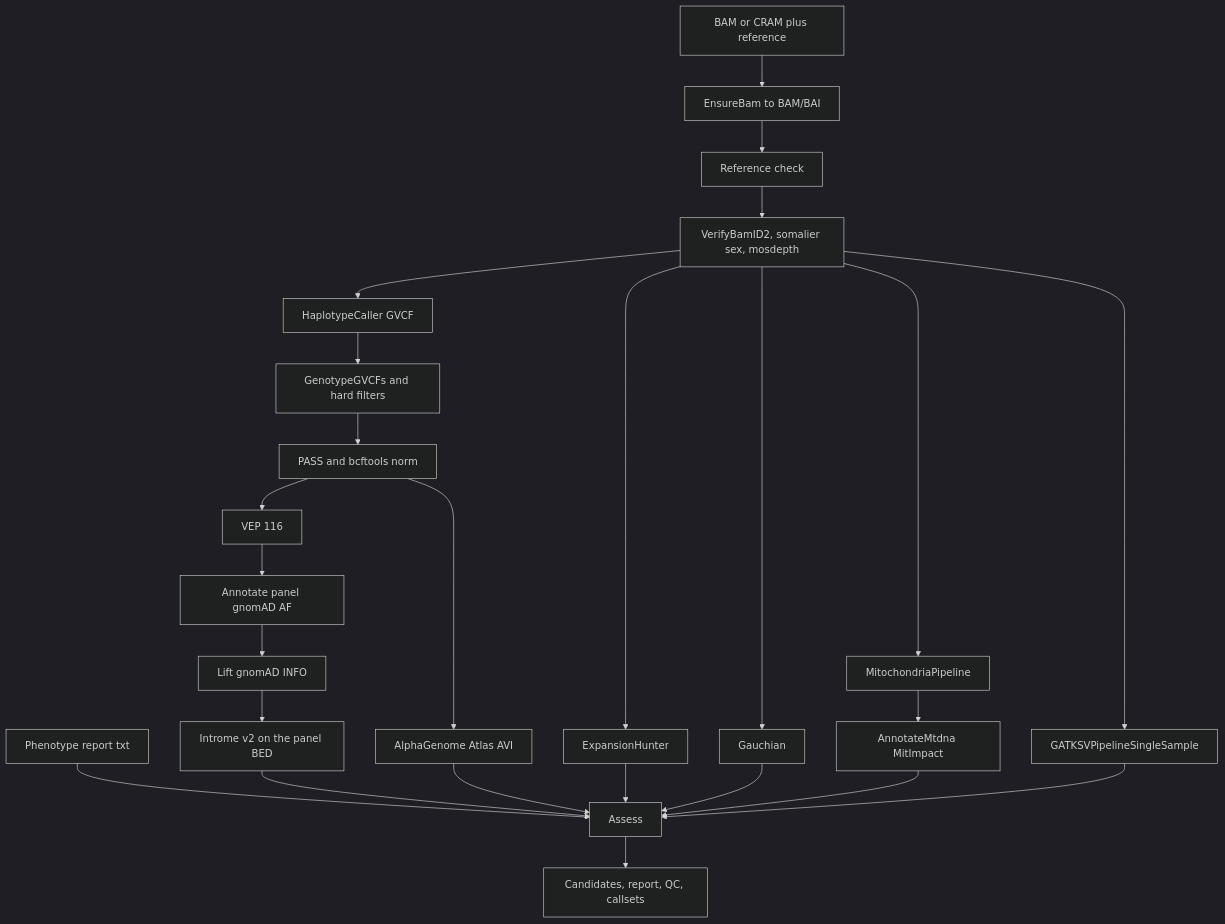
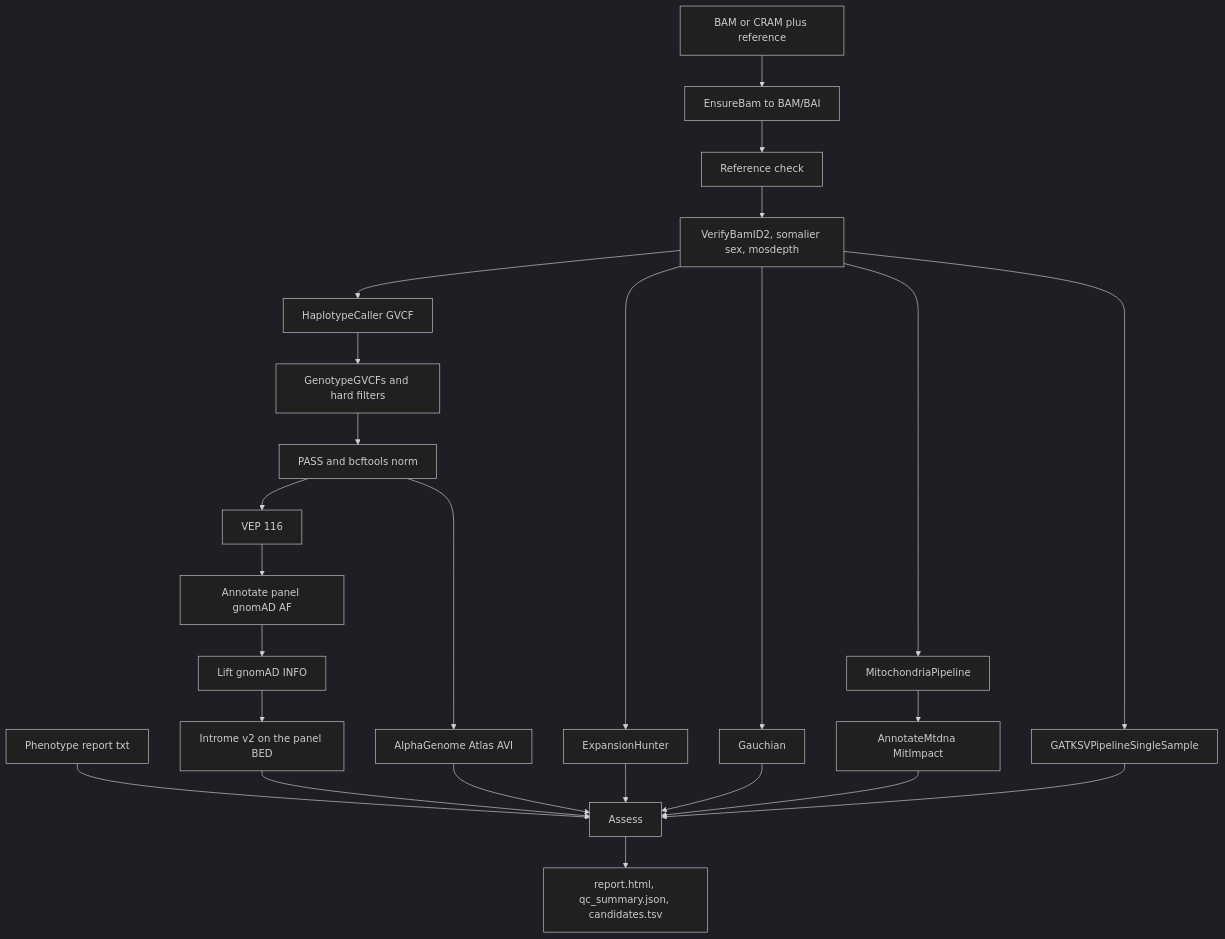
One commit to gqworks/pdsample-terra changed the first of 2 diagrams in README.md. Above: the diagram before and after it, drawn with Mermaid (dark theme). The commit also changed other lines of this file and 28 other files, not shown here.

````diff
--- a/README.md
+++ b/README.md
@@ -5,27 +5,27 @@
 ```mermaid
 flowchart TD
   bam[BAM or CRAM plus reference] --> ensure[EnsureBam to BAM/BAI]
   ensure --> check[Reference check]
   check --> qc[VerifyBamID2, somalier sex, mosdepth]
   qc --> hc[HaplotypeCaller GVCF]
   hc --> gt[GenotypeGVCFs and hard filters]
   gt --> norm[PASS and bcftools norm]
   norm --> vep[VEP 116]
   vep --> gnomadAf[Annotate panel gnomAD AF]
   gnomadAf --> lift[Lift gnomAD INFO]
   lift --> introme[Introme v2 on the panel BED]
   norm --> avi[AlphaGenome Atlas AVI]
   qc --> eh[ExpansionHunter]
   qc --> gba[Gauchian]
   qc --> mito[MitochondriaPipeline]
   mito --> mitoAnn[AnnotateMtdna MitImpact]
   qc --> gatksv[GATKSVPipelineSingleSample]
   pheno[Phenotype report txt] --> assess[Assess]
   introme --> assess
   avi --> assess
   eh --> assess
   gba --> assess
   mitoAnn --> assess
   gatksv --> assess
-  assess --> row[Candidates, report, QC, callsets]
+  assess --> row[report.html, qc_summary.json, candidates.tsv]
 ```
````
